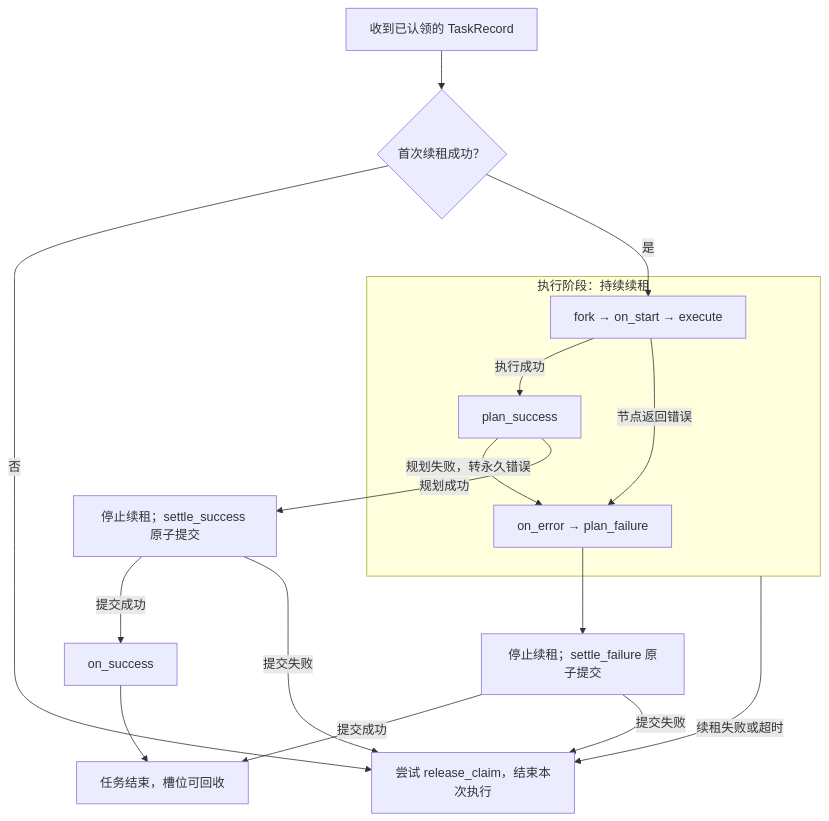
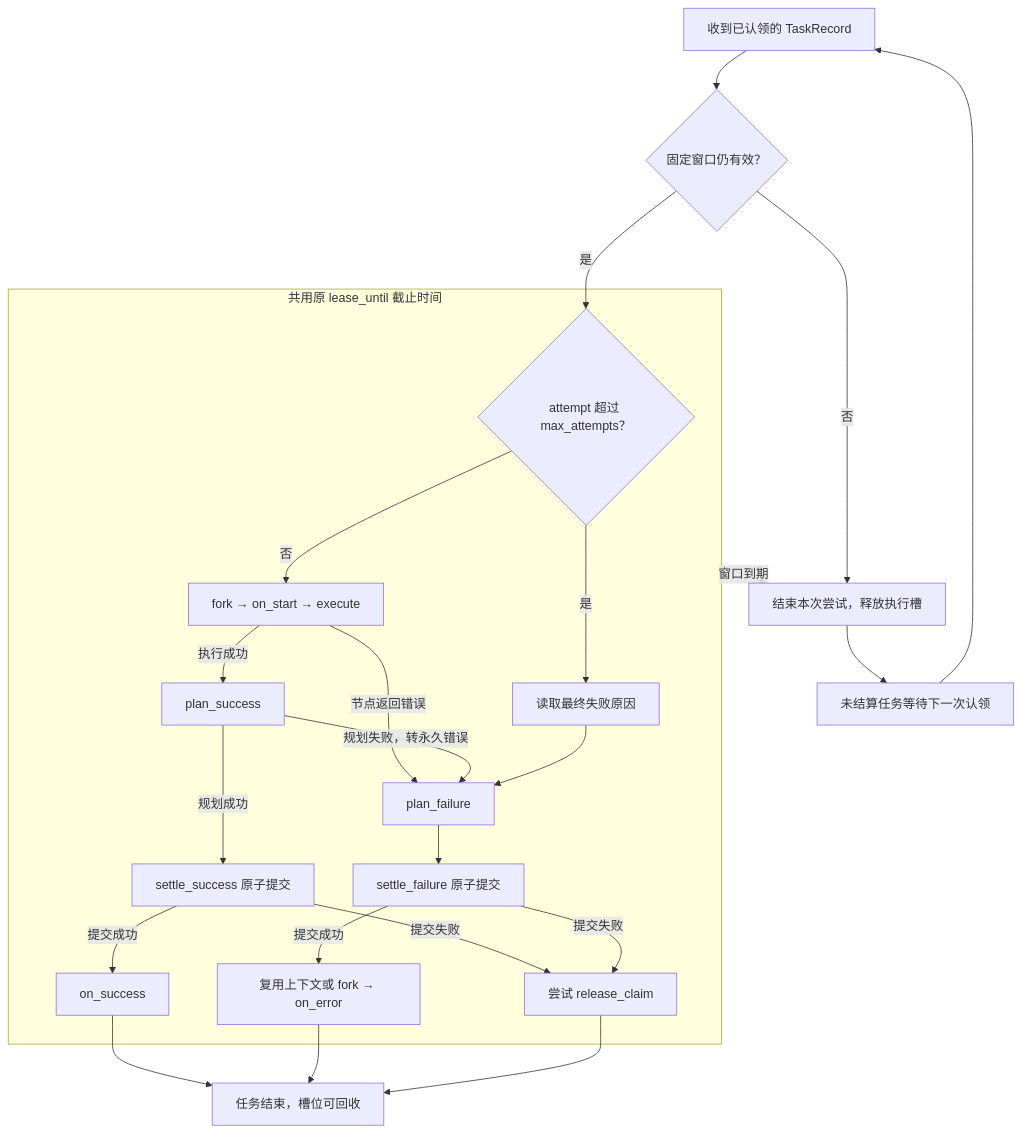
The second of 2 diagrams in docs/scheduler-design.md (lzcers/workflow-engine), drawn with Mermaid before and after one commit. The commit also changed other lines of this file and 14 other files, not shown here.

First line of the commit message:
Redefine exhausted attempts as final failure settlement

````diff
--- a/docs/scheduler-design.md
+++ b/docs/scheduler-design.md
@@ -111,20 +123,28 @@
 ```mermaid
 flowchart TD
-    Claim["收到已认领的 TaskRecord"] --> Renew{"首次续租成功？"}
-    Renew -- 否 --> Release["尝试 release_claim，结束本次执行"]
-    Renew -- 是 --> Execute
-    subgraph Executing["执行阶段：持续续租"]
+    Claim["收到已认领的 TaskRecord"] --> Deadline{"固定窗口仍有效？"}
+    Deadline -- 否 --> Expired["结束本次尝试，释放执行槽"]
+    Deadline -- 是 --> Budget
+    subgraph Window["共用原 lease_until 截止时间"]
+        Budget{"attempt 超过 max_attempts？"}
+        Budget -- 否 --> Execute
         Execute["fork → on_start → execute"]
         Execute -- "执行成功" --> PlanSuccess["plan_success"]
-        Execute -- "节点返回错误" --> OnError["on_error → plan_failure"]
-        PlanSuccess -- "规划失败，转永久错误" --> OnError
+        Execute -- "节点返回错误" --> PlanFailure["plan_failure"]
+        PlanSuccess -- "规划失败，转永久错误" --> PlanFailure
+        Budget -- 是 --> Recover["读取最终失败原因"]
+        Recover --> PlanFailure
+        PlanSuccess -- "规划成功" --> Success["settle_success 原子提交"]
+        PlanFailure --> Failure["settle_failure 原子提交"]
+        Success -- "提交成功" --> Callback["on_success"]
+        Failure -- "提交成功" --> ErrorCallback["复用上下文或 fork → on_error"]
+        Success -- "提交失败" --> Release["尝试 release_claim"]
+        Failure -- "提交失败" --> Release
     end
-    PlanSuccess -- "规划成功" --> Success["停止续租；settle_success 原子提交"]
-    OnError --> Failure["停止续租；settle_failure 原子提交"]
-    Success -- "提交成功" --> Callback["on_success"]
     Callback --> Done["任务结束，槽位可回收"]
-    Failure -- "提交成功" --> Done
-    Executing -- "续租失败或超时" --> Release
-    Success -- "提交失败" --> Release
-    Failure -- "提交失败" --> Release
+    ErrorCallback --> Done
+    Release --> Done
+    Window -- "窗口到期" --> Expired
+    Expired --> Reclaim["未结算任务等待下一次认领"]
+    Reclaim --> Claim
 ```
````
